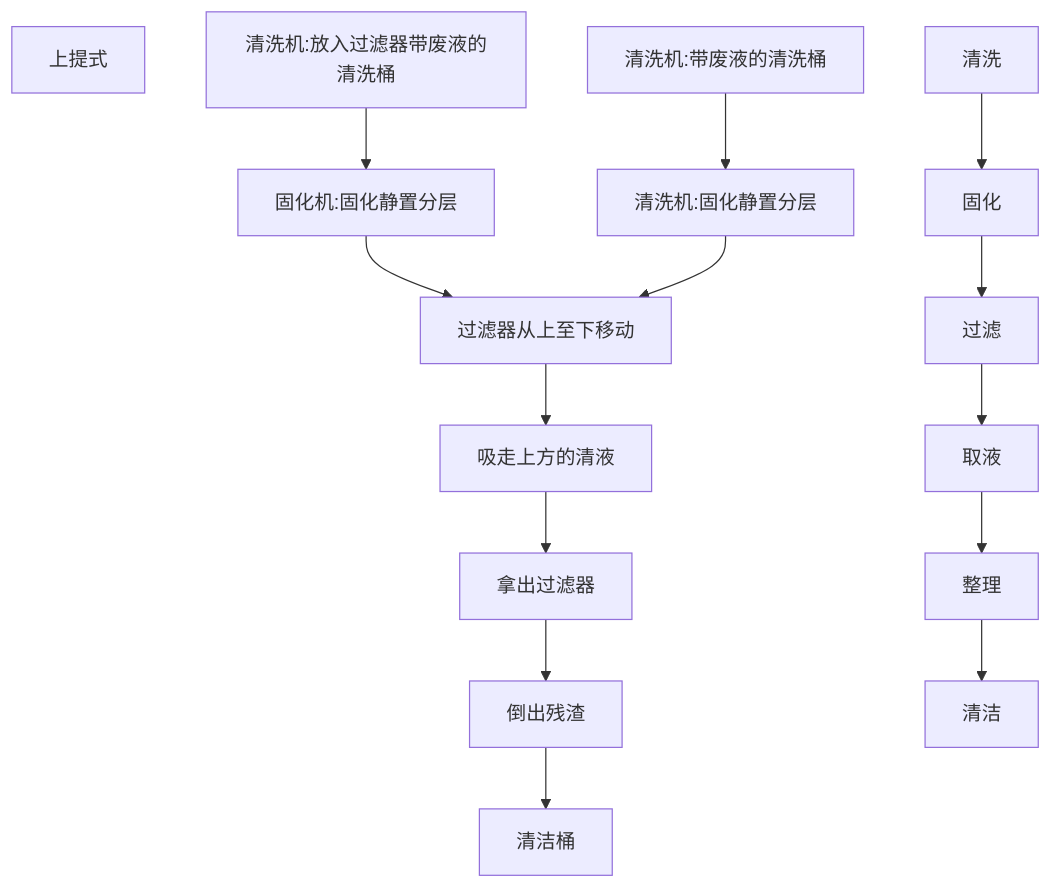
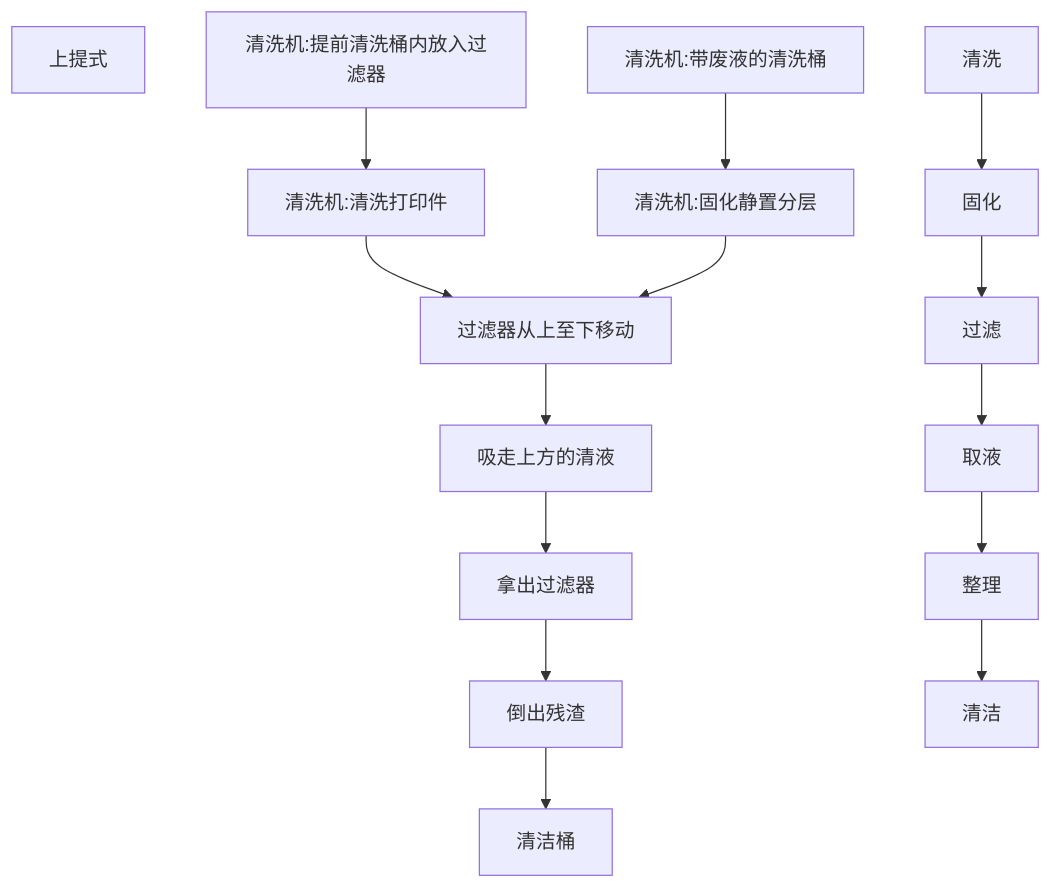
The second of 2 diagrams in 95%酒精紫外固化.md (georglein123/Notiz), drawn with Mermaid before and after one commit.

Commit message:
Windows: backup: 2022-03-03 09:21:24

````diff
--- a/95%酒精紫外固化.md
+++ b/95%酒精紫外固化.md
@@ -13,8 +13,8 @@
 ```mermaid
 graph TD;
 	上提式;
-	清洗机:放入过滤器带废液的清洗桶-->固化机:固化静置分层-->过滤器从上至下移动-->吸走上方的清液-->拿出过滤器-->倒出残渣-->清洁桶;
+	清洗机:提前清洗桶内放入过滤器-->清洗机:清洗打印件-->过滤器从上至下移动-->吸走上方的清液-->拿出过滤器-->倒出残渣-->清洁桶;
 	清洗机:带废液的清洗桶-->清洗机:固化静置分层-->过滤器从上至下移动;
 	
 	清洗-->固化-->过滤-->取液-->整理-->清洁
 ```
````
